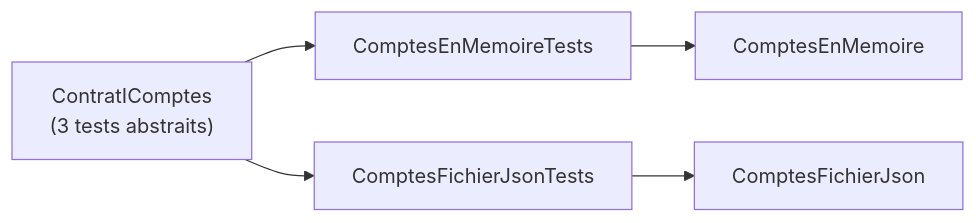
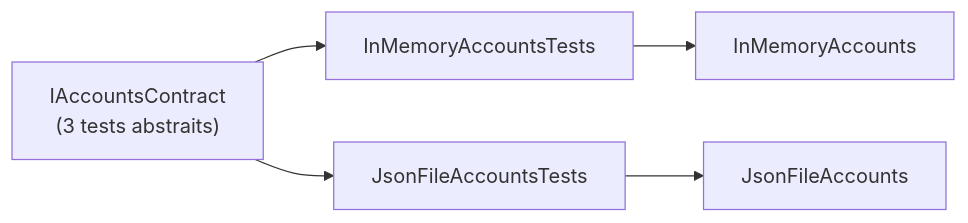
Before and after one commit to drangoht/ArchitecturesDemo: the third of 3 diagrams in Docs/01-hexagonale.md, drawn with Mermaid. The commit also changed other lines of this file and 70 other files, not shown here.

Commit message:
Docs FR : identifiants, liens, diagrammes et sorties alignés sur le code anglais

````diff
--- a/Docs/01-hexagonale.md
+++ b/Docs/01-hexagonale.md
@@ -247,8 +247,8 @@
 ```mermaid
 flowchart LR
-    T["ContratIComptes<br/>(3 tests abstraits)"]
-    T --> A["ComptesEnMemoireTests"]
-    T --> B["ComptesFichierJsonTests"]
-    A --> X["ComptesEnMemoire"]
-    B --> Y["ComptesFichierJson"]
+    T["IAccountsContract<br/>(3 tests abstraits)"]
+    T --> A["InMemoryAccountsTests"]
+    T --> B["JsonFileAccountsTests"]
+    A --> X["InMemoryAccounts"]
+    B --> Y["JsonFileAccounts"]
 ```
````
